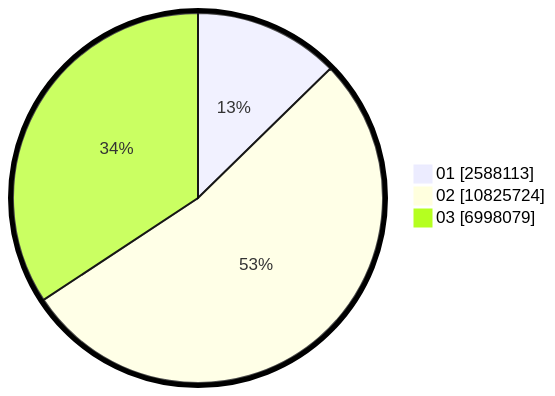
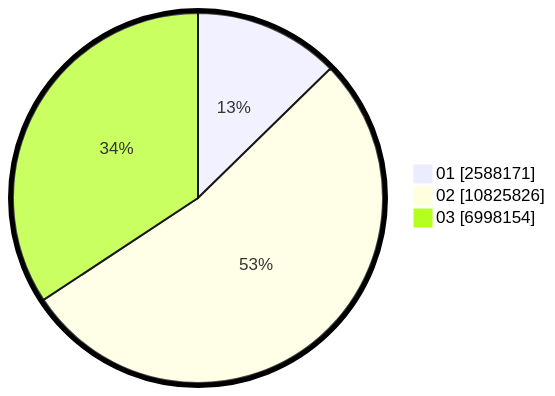
The second of 2 diagrams in pilpres/hitung-suara/sub/table-wilayah-33.md (gigit-pemilu/pemilu-2024), drawn with Mermaid before and after one commit. The commit also changed other lines of this file and 7 other files, not shown here.

````diff
--- a/pilpres/hitung-suara/sub/table-wilayah-33.md
+++ b/pilpres/hitung-suara/sub/table-wilayah-33.md
@@ -15,7 +15,7 @@
 ```mermaid
 %%{init: {"pie": {"textPosition": 0.5}, "themeVariables": {"pieOuterStrokeWidth": "5px"}} }%%
 pie showData
-    "01" : 2588113
-    "02" : 10825724
-    "03" : 6998079
+    "01" : 2588171
+    "02" : 10825826
+    "03" : 6998154
 ```
````
